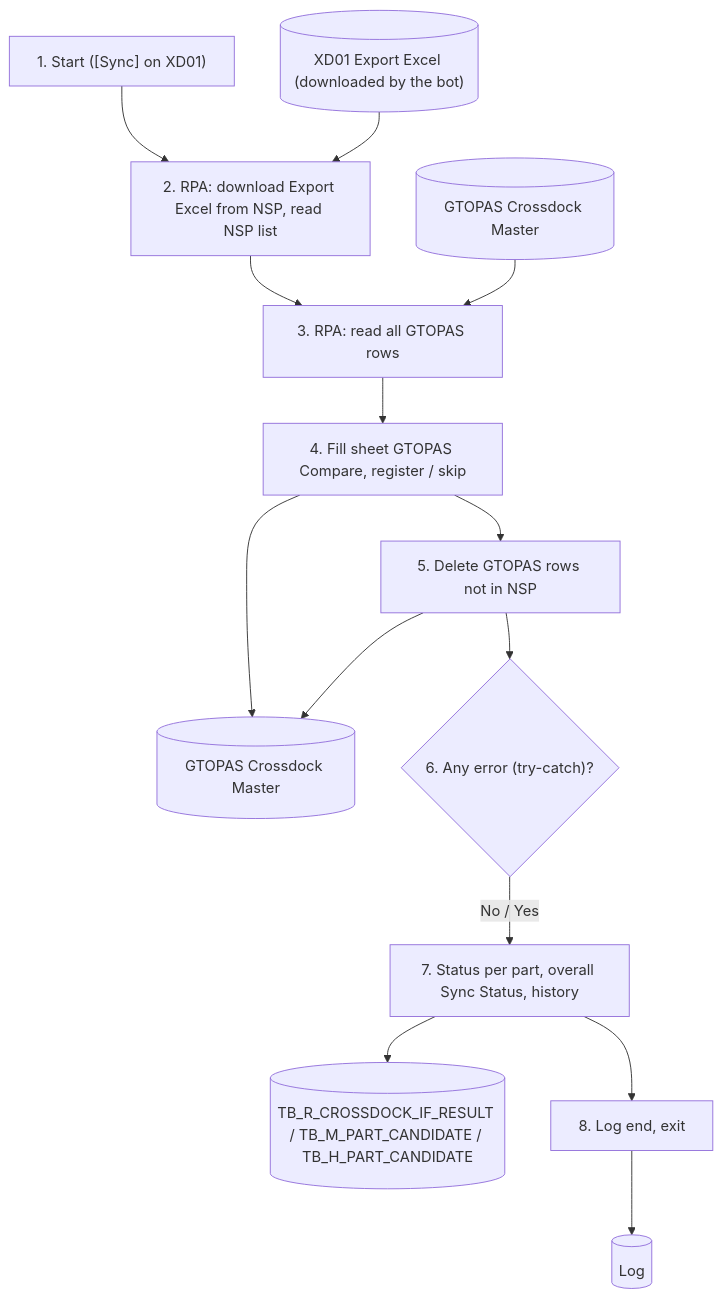
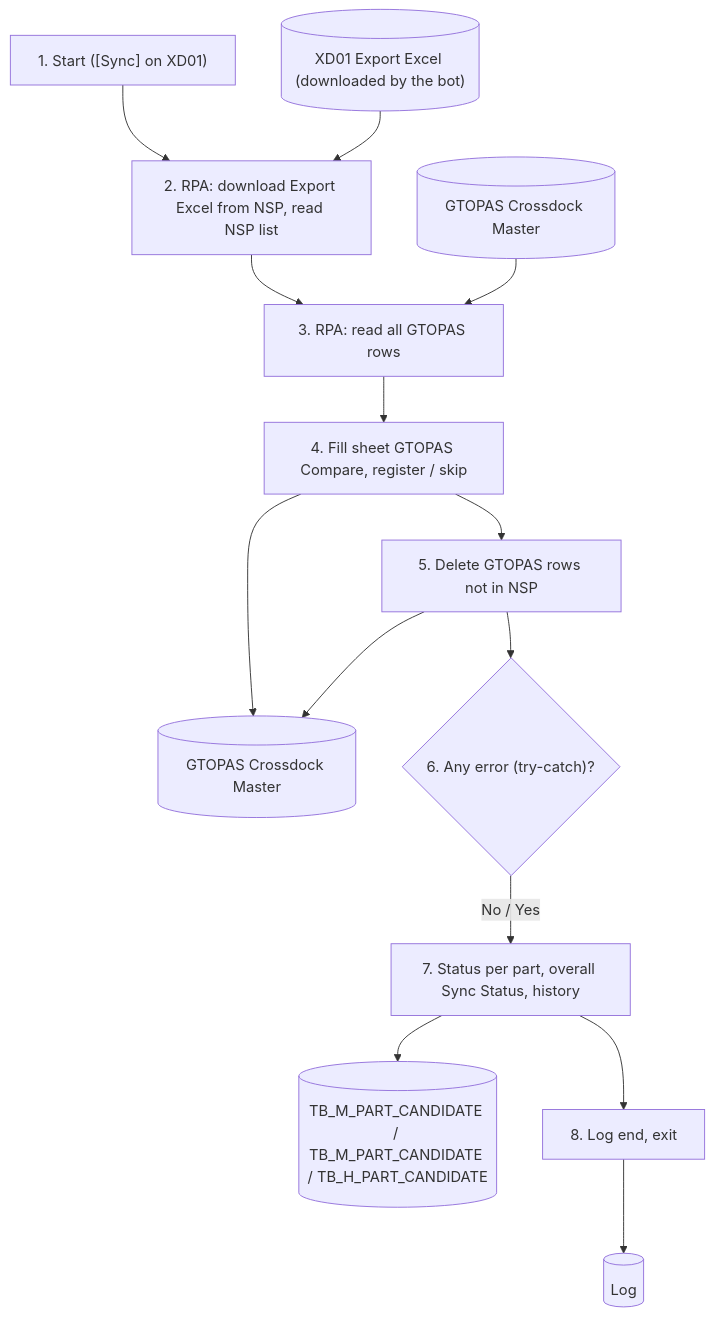
One commit to ivanrayhannn/crossdockpoc changed the second of 2 diagrams in prepare_code/uiss/XD06_Batch_IFCrossDockMasterToGTOPAS.md. Above: the diagram before and after it, drawn with Mermaid. The commit also changed other lines of this file and 84 other files, not shown here.

First line of the commit message:
Remove TB_R_CROSSDOCK_IF_RESULT: send time per target on the Kanban Crossdock Master, run Log, history fixes

````diff
--- a/prepare_code/uiss/XD06_Batch_IFCrossDockMasterToGTOPAS.md
+++ b/prepare_code/uiss/XD06_Batch_IFCrossDockMasterToGTOPAS.md
@@ -106,29 +105,29 @@
 ```mermaid
 flowchart TB
   p1["1. Start ([Sync] on XD01)"]
   m[("XD01 Export Excel (downloaded by the bot)")]
   p2["2. RPA: download Export Excel from NSP, read NSP list"]
   gi[("GTOPAS Crossdock Master")]
   p3["3. RPA: read all GTOPAS rows"]
   p4["4. Fill sheet GTOPAS Compare, register / skip"]
   p5["5. Delete GTOPAS rows not in NSP"]
   go[("GTOPAS Crossdock Master")]
   d{"6. Any error (try-catch)?"}
   p7["7. Status per part, overall Sync Status, history"]
-  o[("TB_R_CROSSDOCK_IF_RESULT / TB_M_PART_CANDIDATE / TB_H_PART_CANDIDATE")]
+  o[("TB_M_PART_CANDIDATE / TB_M_PART_CANDIDATE / TB_H_PART_CANDIDATE")]
   p8["8. Log end, exit"]
   log[("Log")]
   p1 --> p2
   m --> p2
   p2 --> p3
   gi --> p3
   p3 --> p4
   p4 --> p5
   p4 --> go
   p5 --> go
   p5 --> d
   d -->|No / Yes| p7
   p7 --> o
   p7 --> p8
   p8 --> log
 ```
````
